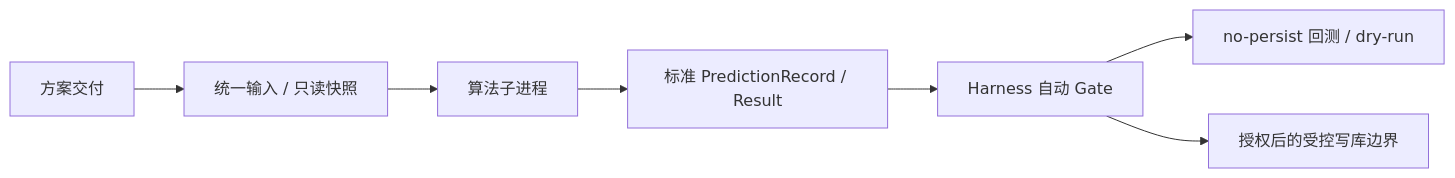
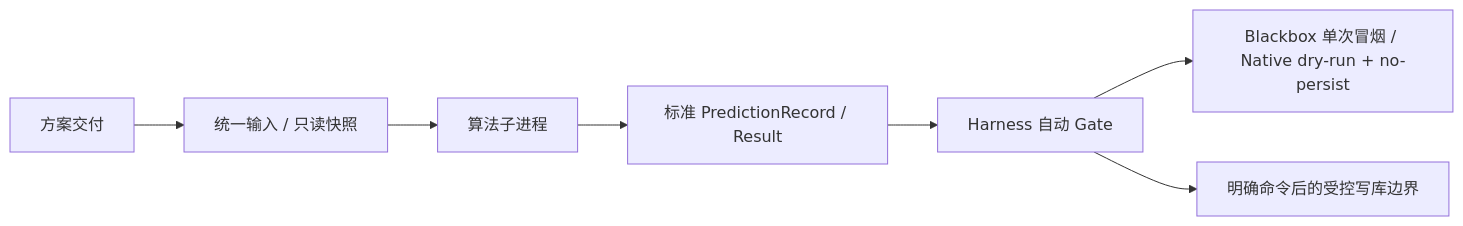
Before and after one commit to lucky1day/finlab-graylab: the second of 2 diagrams in docs/product/GRAY_LAB_USER_MANUAL.md, drawn with Mermaid. The commit also changed other lines of this file and 11 other files, not shown here.

````diff
--- a/docs/product/GRAY_LAB_USER_MANUAL.md
+++ b/docs/product/GRAY_LAB_USER_MANUAL.md
@@ -230,9 +230,9 @@
 ```mermaid
 flowchart LR
     A["方案交付"] --> B["统一输入 / 只读快照"]
     B --> C["算法子进程"]
     C --> D["标准 PredictionRecord / Result"]
     D --> E["Harness 自动 Gate"]
-    E --> F["no-persist 回测 / dry-run"]
-    E --> G["授权后的受控写库边界"]
+    E --> F["Blackbox 单次冒烟 / Native dry-run + no-persist"]
+    E --> G["明确命令后的受控写库边界"]
 ```
````
